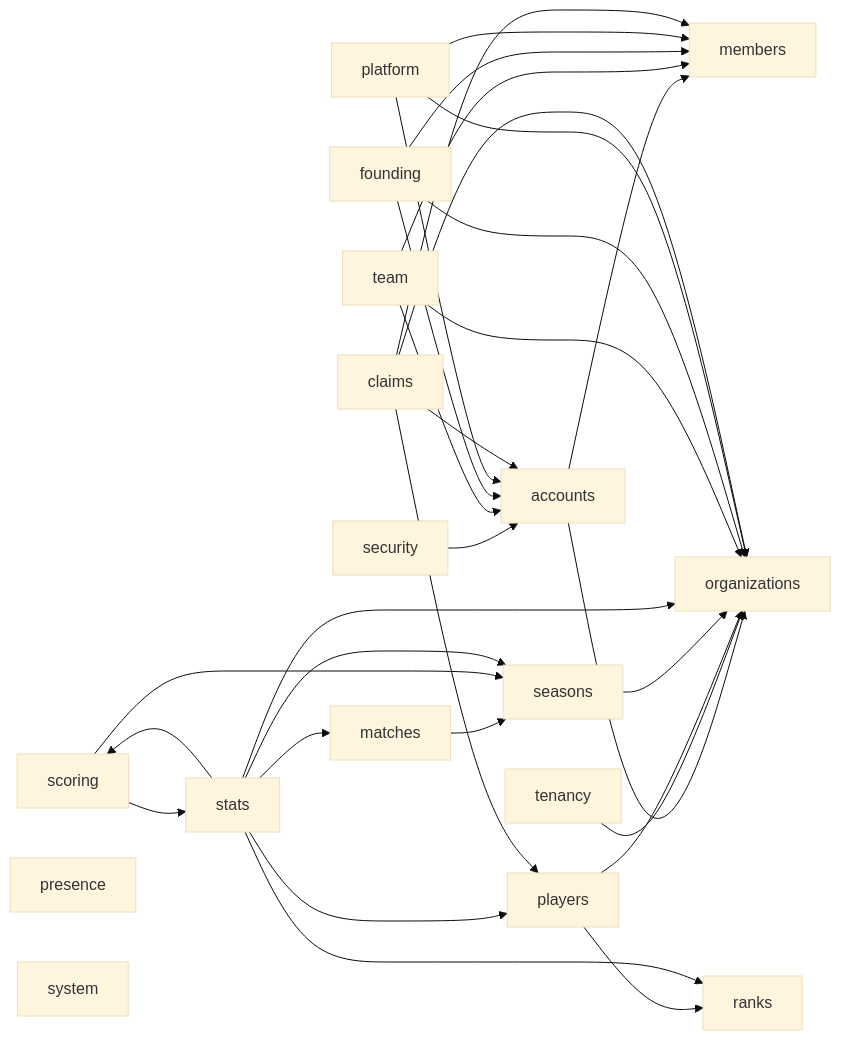
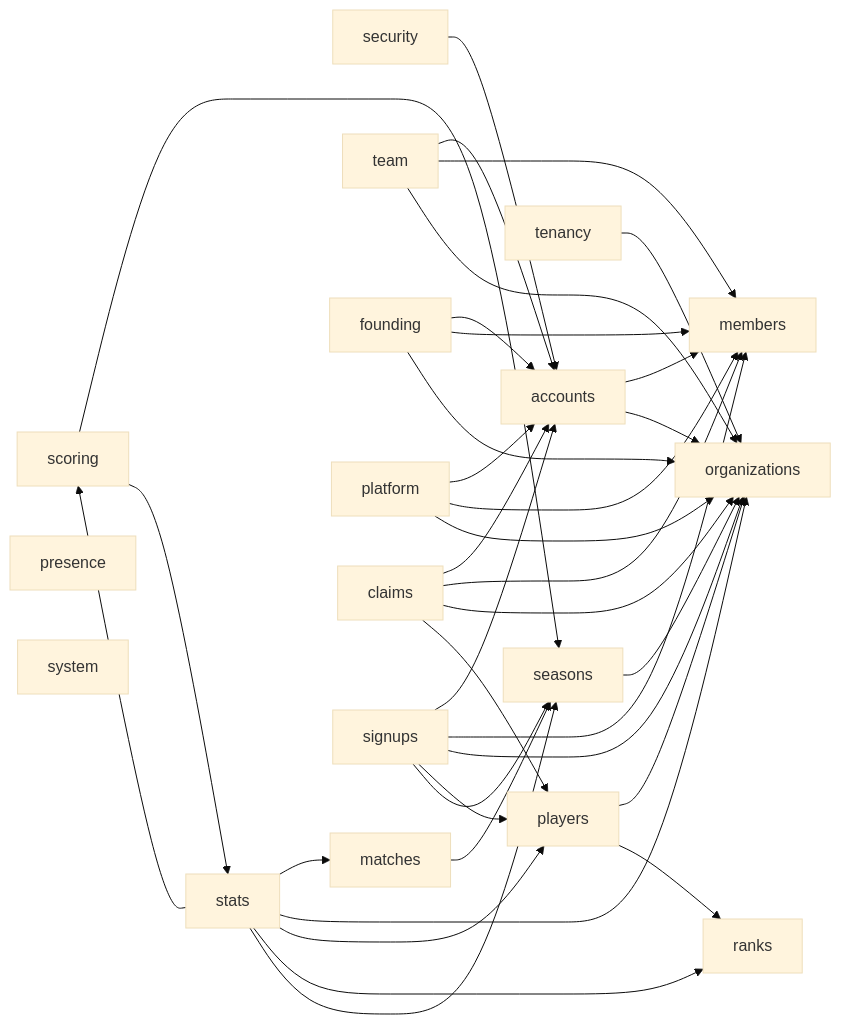
The third of 7 diagrams in docs/context-graph.md (irmahs-labs/tournament-leaderboard), drawn with Mermaid (base theme) before and after one commit. The commit also changed other lines of this file and 38 other files, not shown here.

````diff
--- a/docs/context-graph.md
+++ b/docs/context-graph.md
@@ -42,34 +42,39 @@
 ```mermaid
 flowchart LR
     security --> accounts
     accounts --> members
     accounts --> organizations
     tenancy --> organizations
     players --> organizations
     players --> ranks
     seasons --> organizations
     matches --> seasons
     scoring --> seasons
     scoring --> stats
     stats --> matches
     stats --> organizations
     stats --> players
     stats --> ranks
     stats --> scoring
     stats --> seasons
     team --> accounts
     team --> members
     team --> organizations
     founding --> accounts
     founding --> members
     founding --> organizations
     platform --> accounts
     platform --> members
     platform --> organizations
     claims --> accounts
     claims --> members
     claims --> organizations
     claims --> players
+    signups --> accounts
+    signups --> members
+    signups --> organizations
+    signups --> players
+    signups --> seasons
     presence
     system
 ```
````
